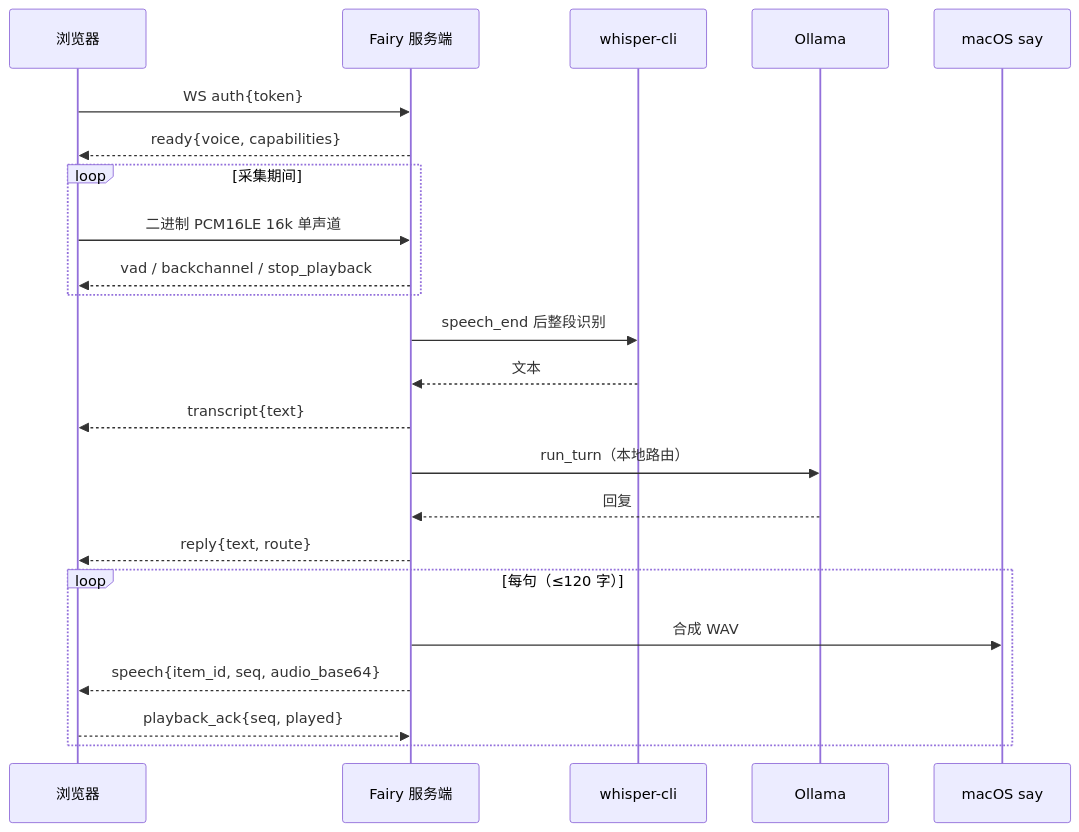
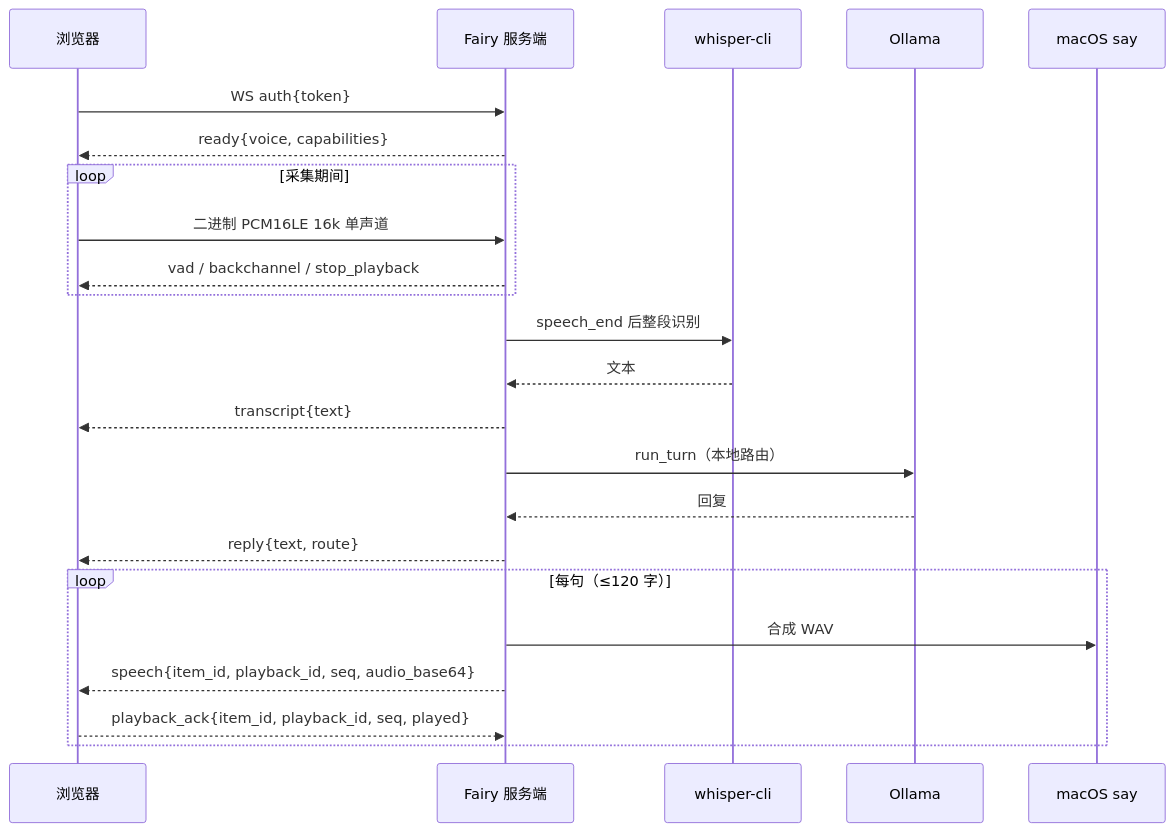
Before and after one commit to shmicnry/fariy-new: the third of 3 diagrams in docs/implementation/全双工与对比进化-2026-11-22.md, drawn with Mermaid. The commit also changed other lines of this file and 6 other files, not shown here.

````diff
--- a/docs/implementation/全双工与对比进化-2026-11-22.md
+++ b/docs/implementation/全双工与对比进化-2026-11-22.md
@@ -70,25 +70,25 @@
 ```mermaid
 sequenceDiagram
     participant B as 浏览器
     participant S as Fairy 服务端
     participant W as whisper-cli
     participant M as Ollama
     participant T as macOS say
     B->>S: WS auth{token}
     S-->>B: ready{voice, capabilities}
     loop 采集期间
         B->>S: 二进制 PCM16LE 16k 单声道
         S-->>B: vad / backchannel / stop_playback
     end
     S->>W: speech_end 后整段识别
     W-->>S: 文本
     S-->>B: transcript{text}
     S->>M: run_turn（本地路由）
     M-->>S: 回复
     S-->>B: reply{text, route}
     loop 每句（≤120 字）
         S->>T: 合成 WAV
-        S-->>B: speech{item_id, seq, audio_base64}
-        B-->>S: playback_ack{seq, played}
+        S-->>B: speech{item_id, playback_id, seq, audio_base64}
+        B-->>S: playback_ack{item_id, playback_id, seq, played}
     end
 ```
````
